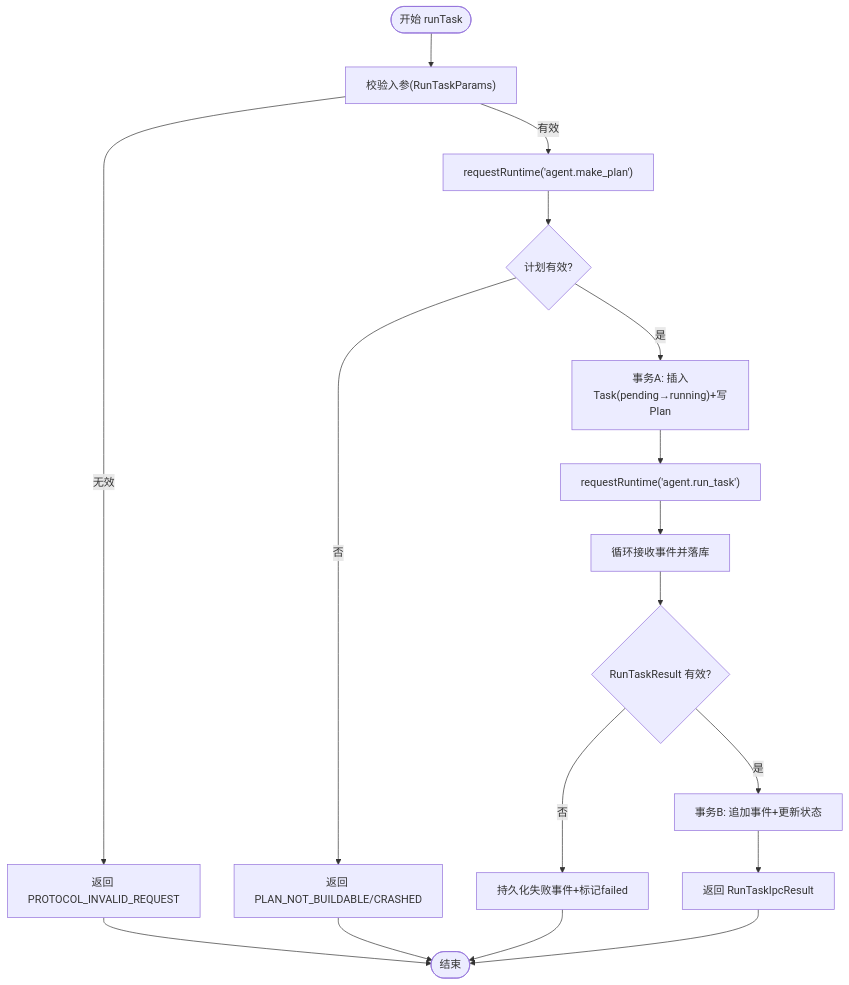
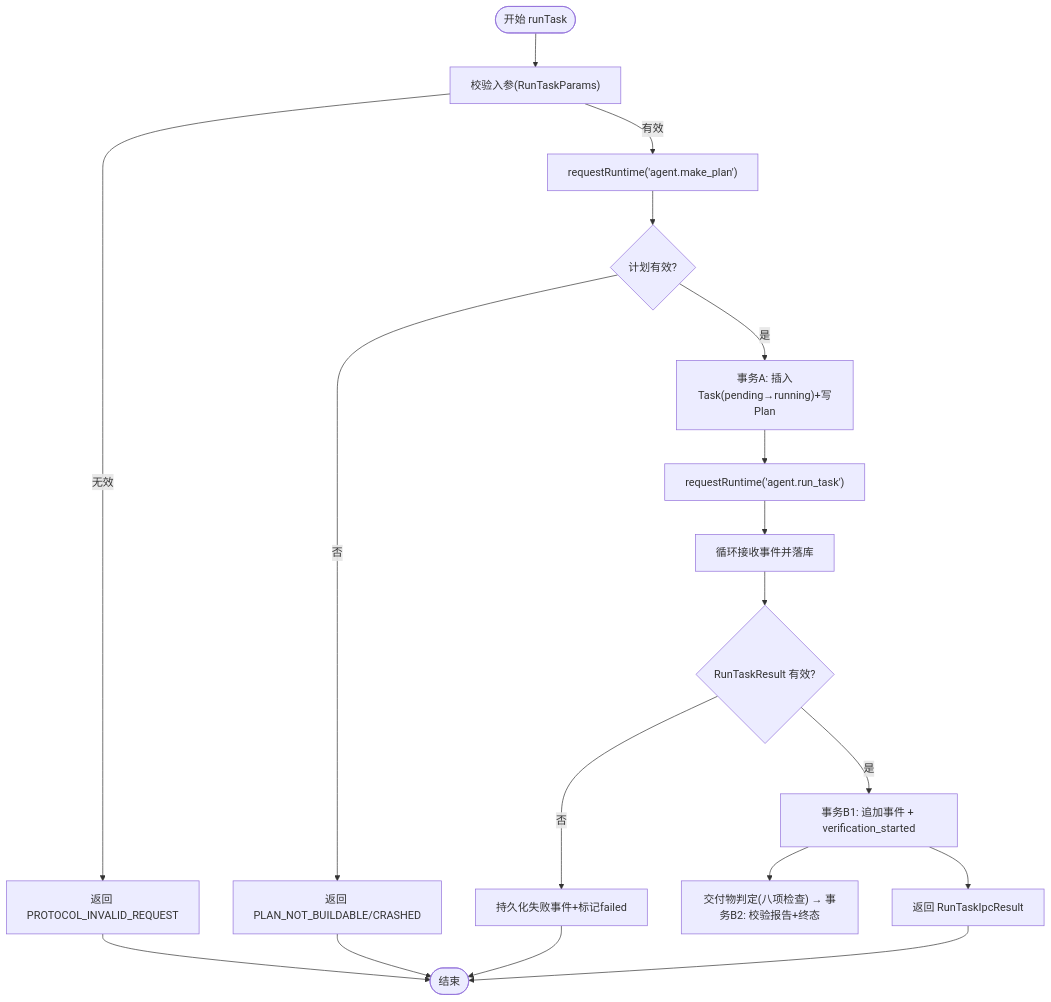
The fifth of 6 diagrams in .repowiki/zh/content/API 协议/IPC 通信协议.md (Azusa010/personal-agent), drawn with Mermaid before and after one commit. The commit also changed other lines of this file and 23 other files, not shown here.

````diff
--- a/.repowiki/zh/content/API 协议/IPC 通信协议.md
+++ b/.repowiki/zh/content/API 协议/IPC 通信协议.md
@@ -211,19 +211,20 @@
 ```mermaid
 flowchart TD
 Start(["开始 runTask"]) --> Validate["校验入参(RunTaskParams)"]
 Validate --> |无效| ReturnErr["返回 PROTOCOL_INVALID_REQUEST"]
 Validate --> |有效| MakePlan["requestRuntime('agent.make_plan')"]
 MakePlan --> PlanOk{"计划有效?"}
 PlanOk --> |否| ReturnPlanErr["返回 PLAN_NOT_BUILDABLE/CRASHED"]
 PlanOk --> |是| BeginTxA["事务A: 插入Task(pending→running)+写Plan"]
 BeginTxA --> Exec["requestRuntime('agent.run_task')"]
 Exec --> Events["循环接收事件并落库"]
 Events --> Result{"RunTaskResult 有效?"}
 Result --> |否| PersistFail["持久化失败事件+标记failed"]
-Result --> |是| TxB["事务B: 追加事件+更新状态"]
+Result --> |是| TxB["事务B1: 追加事件 + verification_started"]
+TxB --> TxV["交付物判定(八项检查) → 事务B2: 校验报告+终态"]
 TxB --> Done["返回 RunTaskIpcResult"]
 ReturnErr --> End(["结束"])
 ReturnPlanErr --> End
 PersistFail --> End
 Done --> End
 ```
````
